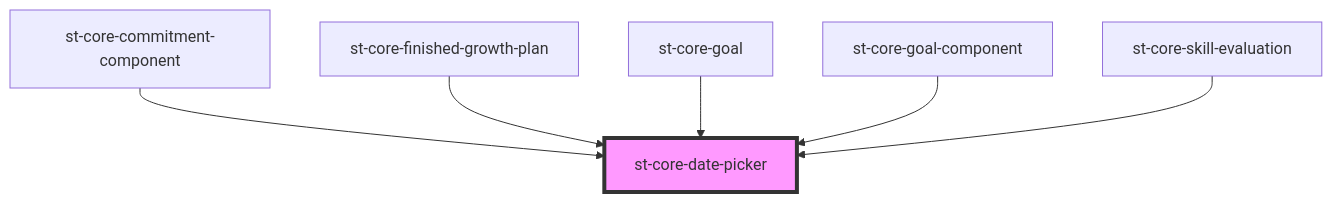
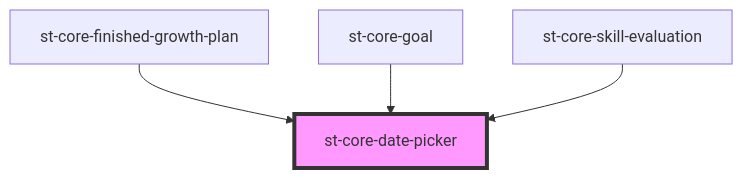
Before and after one commit to jamesmont007/lighthouse-ui-core-stencil: the diagram in library/src/components/st-core-date-picker/readme.md, drawn with Mermaid. The commit also changed 8 other files, not shown here.

````diff
--- a/library/src/components/st-core-date-picker/readme.md
+++ b/library/src/components/st-core-date-picker/readme.md
@@ -48,9 +48,7 @@
 ```mermaid
 graph TD;
-  st-core-commitment-component --> st-core-date-picker
   st-core-finished-growth-plan --> st-core-date-picker
   st-core-goal --> st-core-date-picker
-  st-core-goal-component --> st-core-date-picker
   st-core-skill-evaluation --> st-core-date-picker
   style st-core-date-picker fill:#f9f,stroke:#333,stroke-width:4px
 ```
````
